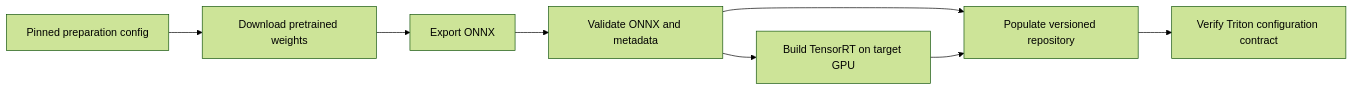
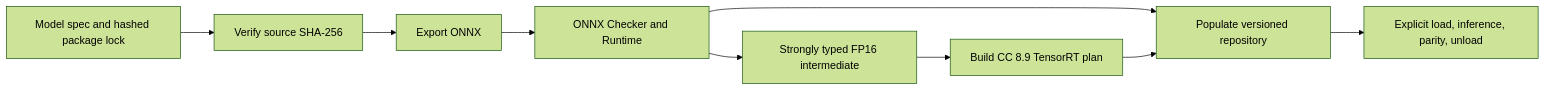
One commit to legion2440/ml-dev-ops changed the fourth of 4 diagrams in ARCHITECTURE.md. Above: the diagram before and after it, drawn with Mermaid (forest theme). The commit also changed other lines of this file and 44 other files, not shown here.

Commit message:
feat: prepare and verify Triton models

````diff
--- a/ARCHITECTURE.md
+++ b/ARCHITECTURE.md
@@ -205,10 +209,11 @@
 ```mermaid
 flowchart LR
-    Config["Pinned preparation config"] --> Weights["Download pretrained weights"]
+    Config["Model spec and hashed package lock"] --> Weights["Verify source SHA-256"]
     Weights --> Export["Export ONNX"]
-    Export --> Validate["Validate ONNX and metadata"]
-    Validate --> Optimize["Build TensorRT on target GPU"]
+    Export --> Validate["ONNX Checker and Runtime"]
+    Validate --> Cast["Strongly typed FP16 intermediate"]
+    Cast --> Optimize["Build CC 8.9 TensorRT plan"]
     Validate --> Repository["Populate versioned repository"]
     Optimize --> Repository
-    Repository --> Verify["Verify Triton configuration contract"]
+    Repository --> Verify["Explicit load, inference, parity, unload"]
 ```
````
